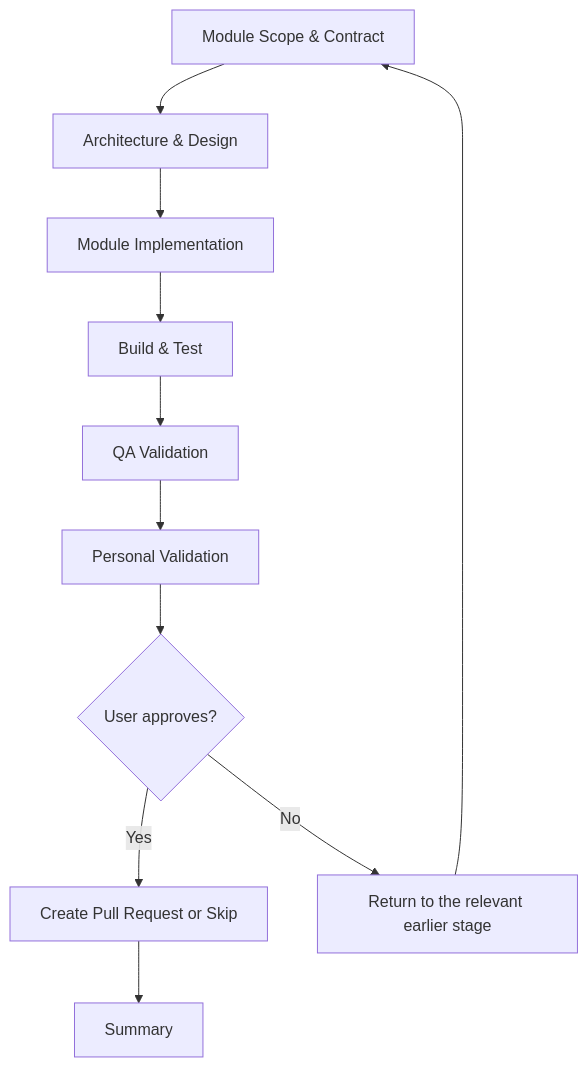
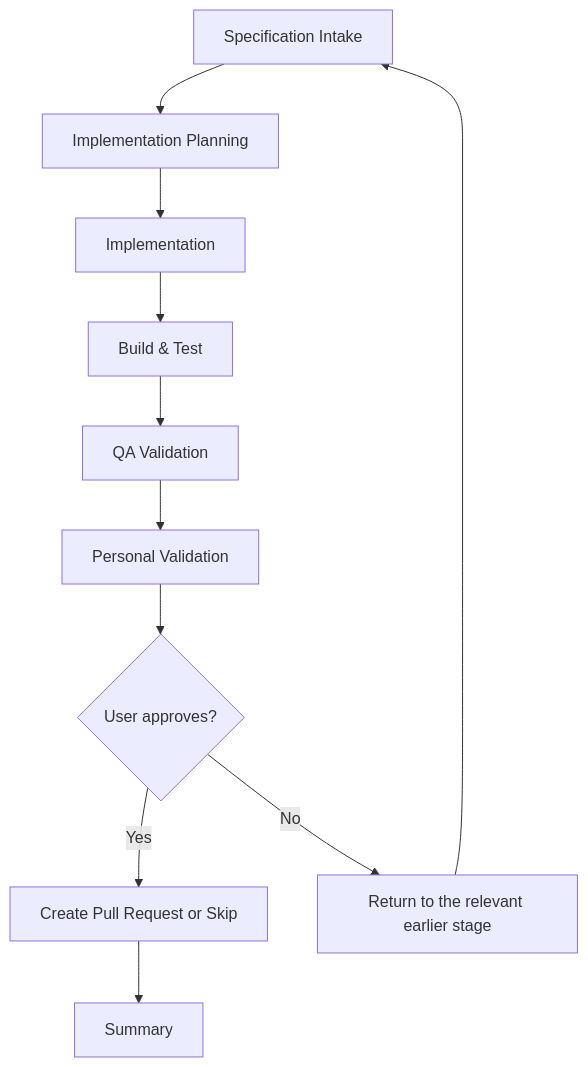
Diagram 13 of 14 in plugins/copilot-app/resources/orchestration-flow-diagrams.md (JSdotNet/Copilot), drawn with Mermaid before and after one commit. The commit also changed other lines of this file and 19 other files, not shown here.

````diff
--- a/plugins/copilot-app/resources/orchestration-flow-diagrams.md
+++ b/plugins/copilot-app/resources/orchestration-flow-diagrams.md
@@ -195,13 +323,13 @@
 ```mermaid
 flowchart TD
-    A["Module Scope & Contract"] --> B["Architecture & Design"]
-    B --> C["Module Implementation"]
+    A["Specification Intake"] --> B["Implementation Planning"]
+    B --> C["Implementation"]
     C --> D["Build & Test"]
     D --> E["QA Validation"]
     E --> F["Personal Validation"]
     F --> G{User approves?}
     G -->|Yes| H["Create Pull Request or Skip"]
     G -->|No| I["Return to the relevant earlier stage"]
     I --> A
     H --> J["Summary"]
 ```
````
